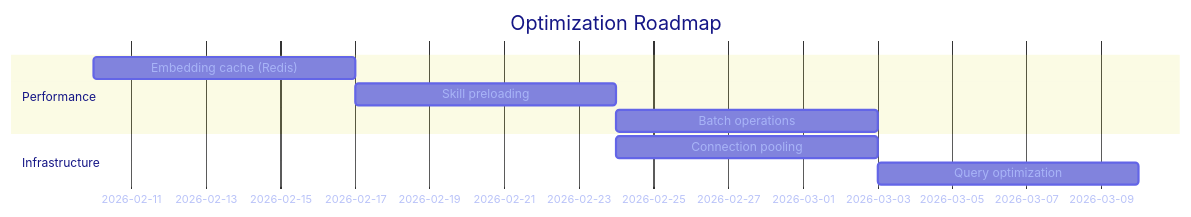
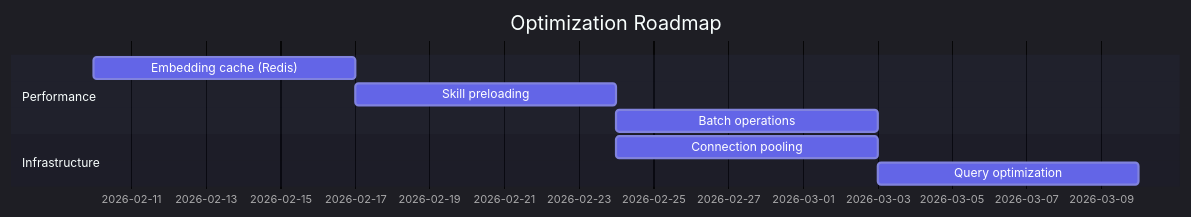
Before and after one commit to Oculusnoob/vesper-memory: the eighth of 8 diagrams in benchmarks/charts.md, drawn with Mermaid. The commit also changed other lines of this file, not shown here.

First line of the commit message:
Fix Mermaid charts for dark mode compatibility

````diff
--- a/benchmarks/charts.md
+++ b/benchmarks/charts.md
@@ -162,13 +162,13 @@
 ```mermaid
-%%{init: {'theme':'base', 'themeVariables': { 'primaryColor':'#6365e7', 'primaryTextColor':'#a8b4f7', 'primaryBorderColor':'#8183dd', 'taskBkgColor':'#8183dd', 'taskTextColor':'#a8b4f7', 'taskBorderColor':'#6365e7', 'activeTaskBkgColor':'#6365e7', 'activeTaskBorderColor':'#a8b4f7'}}}%%
+%%{init: {'theme':'dark', 'themeVariables': { 'primaryColor':'#6365e7', 'primaryTextColor':'#a8b4f7', 'primaryBorderColor':'#8183dd', 'taskBkgColor':'#6365e7', 'taskTextColor':'#ffffff', 'taskBorderColor':'#8183dd', 'activeTaskBkgColor':'#8183dd', 'activeTaskBorderColor':'#a8b4f7', 'gridColor':'#4a4d6a', 'todayLineColor':'#a8b4f7', 'sectionBkgColor':'#2a2d4a', 'altSectionBkgColor':'#1a1d3a', 'sectionBkgColor2':'#3a3d5a'}}}%%
 gantt
     title Optimization Roadmap
     dateFormat YYYY-MM-DD
     section Performance
     Embedding cache (Redis)     :2026-02-10, 7d
     Skill preloading            :2026-02-17, 7d
     Batch operations            :2026-02-24, 7d
     section Infrastructure
     Connection pooling          :2026-02-24, 7d
     Query optimization          :2026-03-03, 7d
 ```
````
